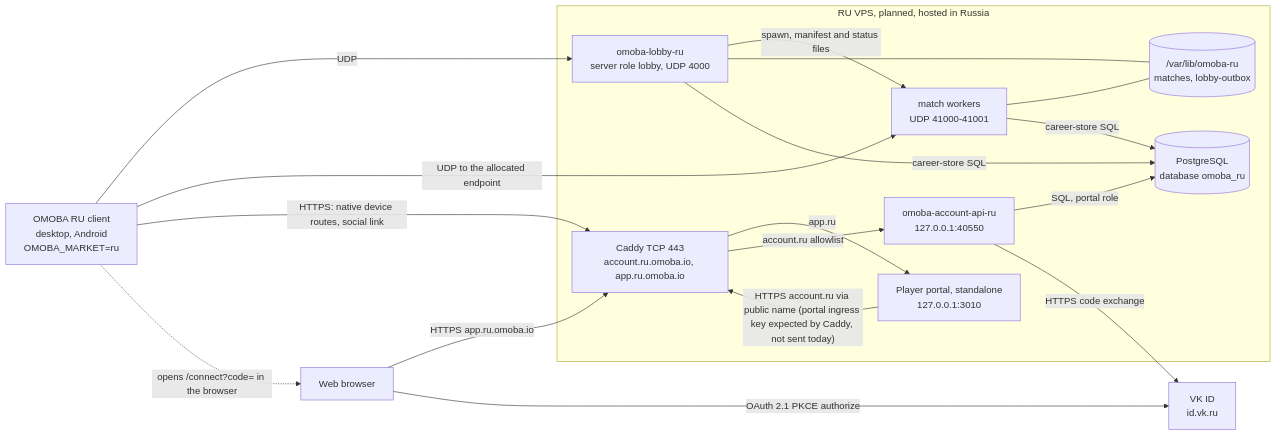
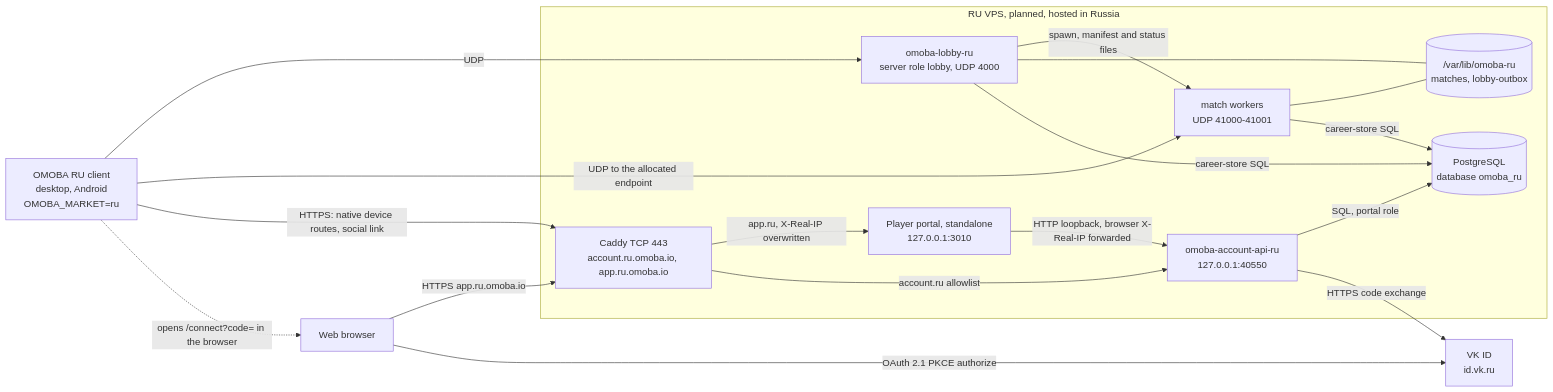
Before and after one commit to o-moba/omoba-bevy: the second of 2 diagrams in docs/architecture/system.md, drawn with Mermaid. The commit also changed other lines of this file and 16 other files, not shown here.

````diff
--- a/docs/architecture/system.md
+++ b/docs/architecture/system.md
@@ -265,32 +265,32 @@
 ```mermaid
 flowchart LR
   client["OMOBA RU client<br/>desktop, Android<br/>OMOBA_MARKET=ru"]
   browser["Web browser"]
   vk["VK ID<br/>id.vk.ru"]
   subgraph ru["RU VPS, planned, hosted in Russia"]
     caddy["Caddy TCP 443<br/>account.ru.omoba.io, app.ru.omoba.io"]
     lobby["omoba-lobby-ru<br/>server role lobby, UDP 4000"]
     workers["match workers<br/>UDP 41000-41001"]
     api["omoba-account-api-ru<br/>127.0.0.1:40550"]
     portal["Player portal, standalone<br/>127.0.0.1:3010"]
     pg[("PostgreSQL<br/>database omoba_ru")]
     files[("/var/lib/omoba-ru<br/>matches, lobby-outbox")]
   end
 
   client -->|"UDP"| lobby
   client -->|"UDP to the allocated endpoint"| workers
   lobby -->|"spawn, manifest and status files"| workers
   lobby --- files
   workers --- files
   lobby -->|"career-store SQL"| pg
   workers -->|"career-store SQL"| pg
   client -->|"HTTPS: native device routes, social link"| caddy
   client -.->|"opens /connect?code= in the browser"| browser
   browser -->|"HTTPS app.ru.omoba.io"| caddy
   browser -->|"OAuth 2.1 PKCE authorize"| vk
-  caddy -->|"app.ru"| portal
-  portal -->|"HTTPS account.ru via public name (portal ingress key expected by Caddy, not sent today)"| caddy
+  caddy -->|"app.ru, X-Real-IP overwritten"| portal
+  portal -->|"HTTP loopback, browser X-Real-IP forwarded"| api
   caddy -->|"account.ru allowlist"| api
   api -->|"SQL, portal role"| pg
   api -->|"HTTPS code exchange"| vk
 ```
````
